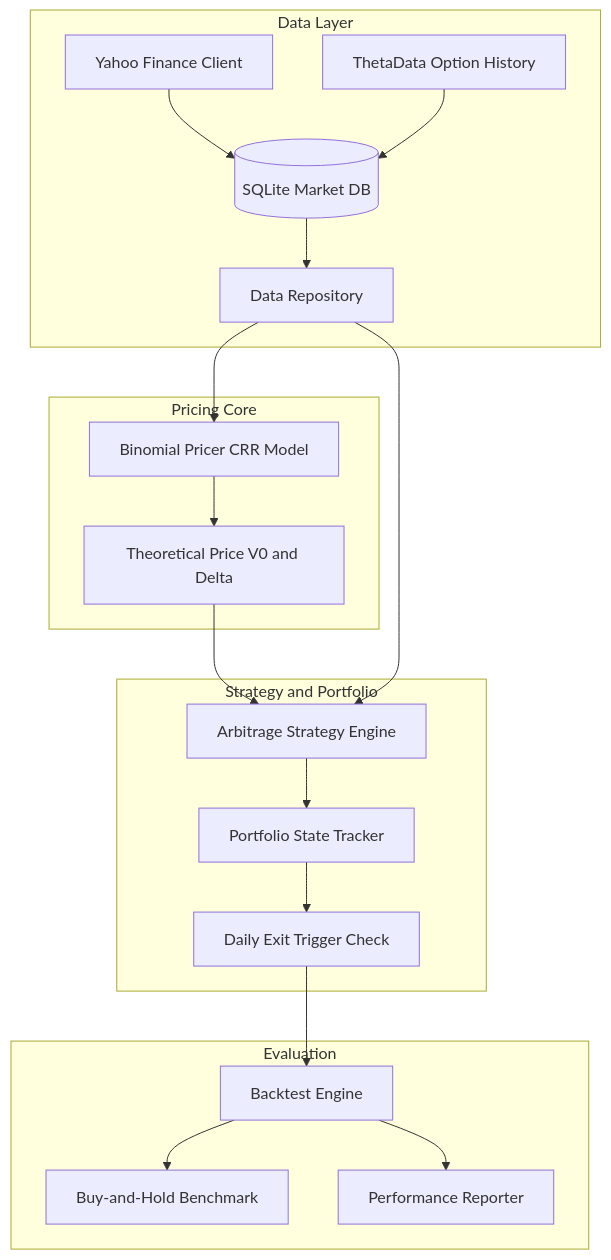
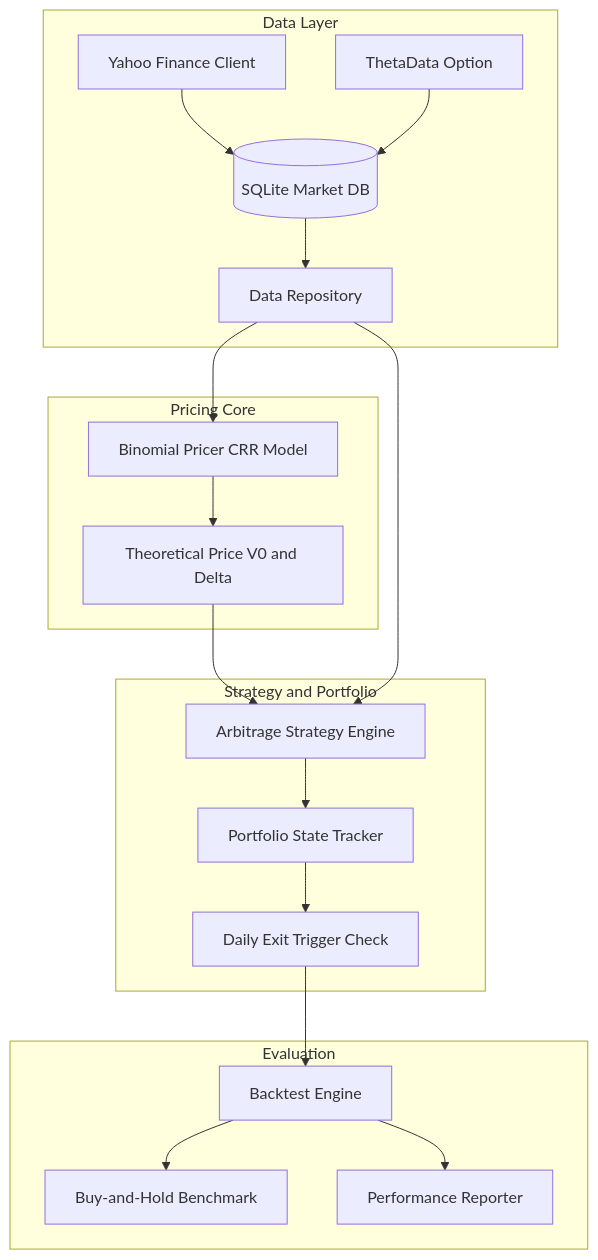
The diagram in README.md (KoderKavin/binomial-option-pricing), drawn with Mermaid before and after one commit. The commit also changed other lines of this file, not shown here.

````diff
--- a/README.md
+++ b/README.md
@@ -54,26 +53,26 @@
 ```mermaid
 flowchart TD
     subgraph Data Layer
         YF[Yahoo Finance Client] --> DB[(SQLite Market DB)]
-        TD[ThetaData Option History] --> DB
+        TD[ThetaData Option] --> DB
         DB --> Repo[Data Repository]
     end
 
     subgraph Pricing Core
         Repo --> CRR[Binomial Pricer CRR Model]
         CRR --> Theo[Theoretical Price V0 and Delta]
     end
 
     subgraph Strategy and Portfolio
         Theo --> Arb[Arbitrage Strategy Engine]
         Repo --> Arb
         Arb --> Port[Portfolio State Tracker]
         Port --> Monitor[Daily Exit Trigger Check]
     end
 
     subgraph Evaluation
         Monitor --> Engine[Backtest Engine]
         Engine --> Bench[Buy-and-Hold Benchmark]
         Engine --> Metrics[Performance Reporter]
     end
 ```
````
